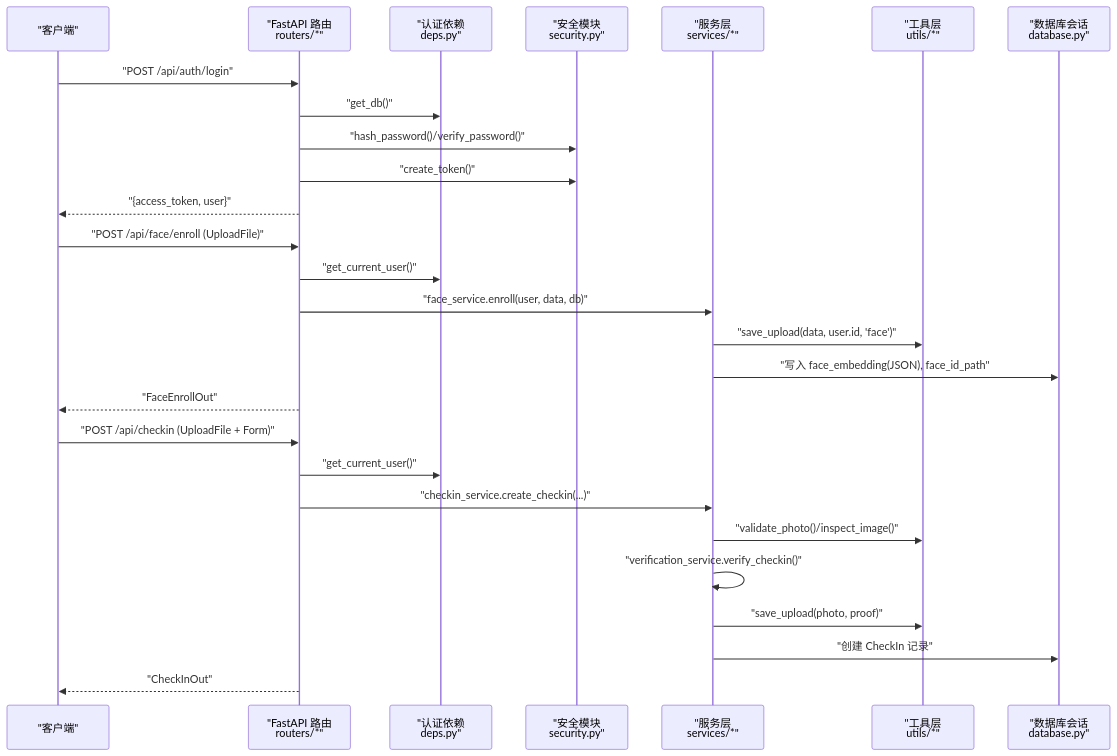
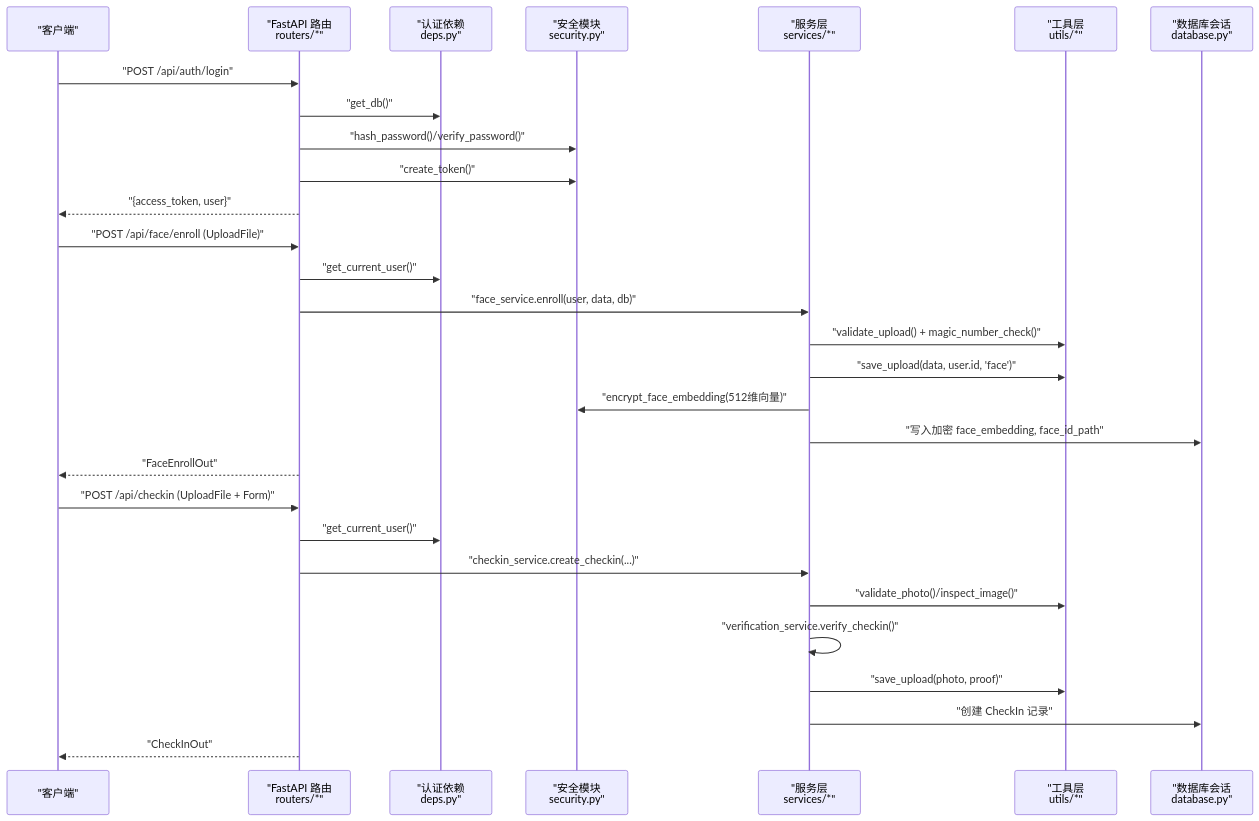
One commit to onebody/homework changed the second of 6 diagrams in .qoder/repowiki/zh/content/安全与认证机制/数据安全保护.md. Above: the diagram before and after it, drawn with Mermaid. The commit also changed other lines of this file and 14 other files, not shown here.

````diff
--- a/.qoder/repowiki/zh/content/安全与认证机制/数据安全保护.md
+++ b/.qoder/repowiki/zh/content/安全与认证机制/数据安全保护.md
@@ -101,29 +114,31 @@
 ```mermaid
 sequenceDiagram
 participant Client as "客户端"
 participant API as "FastAPI 路由<br/>routers/*"
 participant Deps as "认证依赖<br/>deps.py"
 participant Sec as "安全模块<br/>security.py"
 participant Svc as "服务层<br/>services/*"
 participant Util as "工具层<br/>utils/*"
 participant DB as "数据库会话<br/>database.py"
 Client->>API : "POST /api/auth/login"
 API->>Deps : "get_db()"
 API->>Sec : "hash_password()/verify_password()"
 API->>Sec : "create_token()"
 API-->>Client : "{access_token, user}"
 Client->>API : "POST /api/face/enroll (UploadFile)"
 API->>Deps : "get_current_user()"
 API->>Svc : "face_service.enroll(user, data, db)"
+Svc->>Util : "validate_upload() + magic_number_check()"
 Svc->>Util : "save_upload(data, user.id, 'face')"
-Svc->>DB : "写入 face_embedding(JSON), face_id_path"
+Svc->>Sec : "encrypt_face_embedding(512维向量)"
+Svc->>DB : "写入加密 face_embedding, face_id_path"
 API-->>Client : "FaceEnrollOut"
 Client->>API : "POST /api/checkin (UploadFile + Form)"
 API->>Deps : "get_current_user()"
 API->>Svc : "checkin_service.create_checkin(...)"
 Svc->>Util : "validate_photo()/inspect_image()"
 Svc->>Svc : "verification_service.verify_checkin()"
 Svc->>Util : "save_upload(photo, proof)"
 Svc->>DB : "创建 CheckIn 记录"
 API-->>Client : "CheckInOut"
 ```
````
